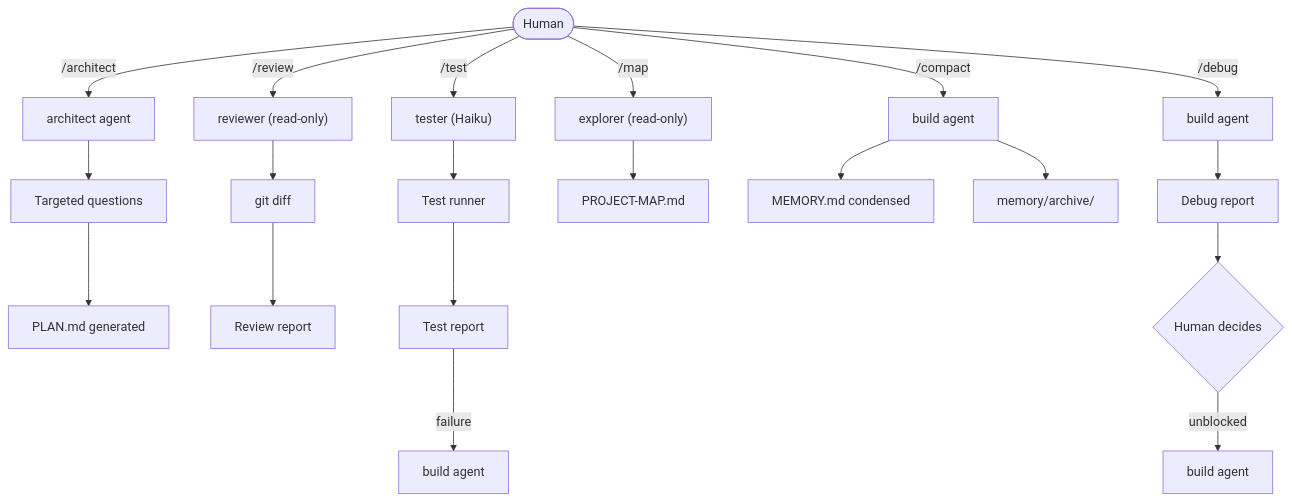
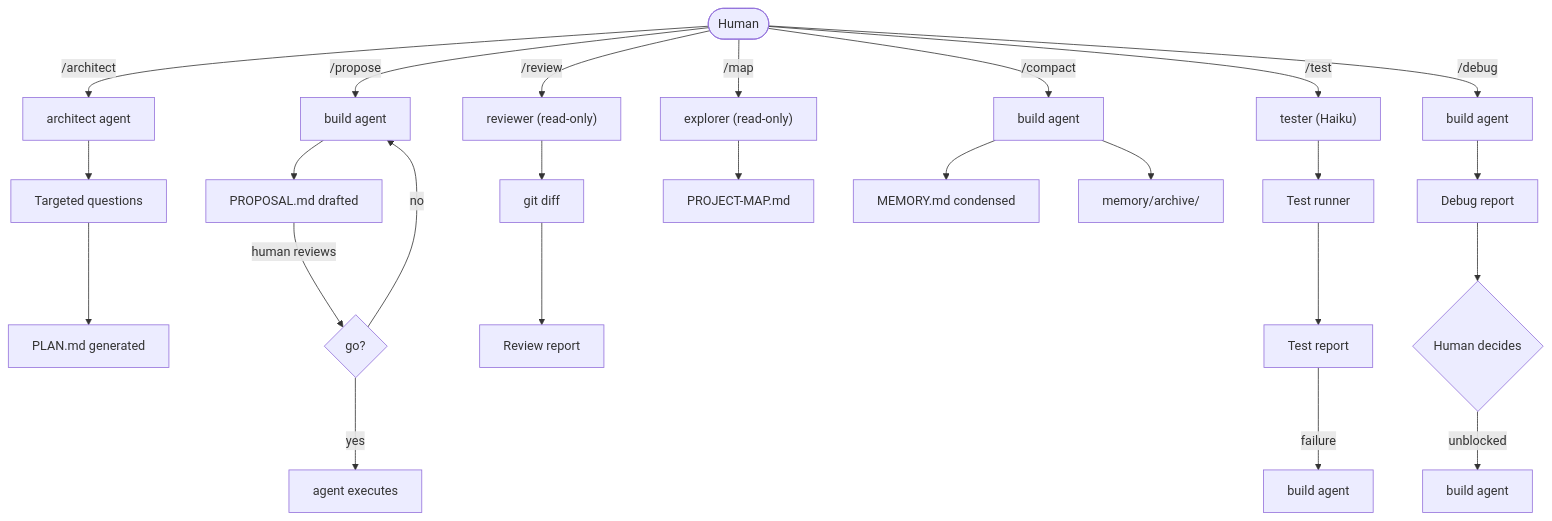
Before and after one commit to ba544a7c93f99fcc91e78e0c49c2008c/opencode-starter: the third of 6 diagrams in README.md, drawn with Mermaid. The commit also changed other lines of this file, not shown here.

Commit message:
docs: update README — new diagrams for quality gate, self-test, /propose flow, updated structure tree

````diff
--- a/README.md
+++ b/README.md
@@ -90,29 +89,35 @@
 ```mermaid
 flowchart TD
     H([Human])
 
     H -->|"/architect"| ARCH[architect agent]
     ARCH --> Q[Targeted questions]
     Q --> PL[PLAN.md generated]
+
+    H -->|"/propose"| PROP[build agent]
+    PROP --> PRD[PROPOSAL.md drafted]
+    PRD -->|human reviews| GO{go?}
+    GO -->|yes| EXEC[agent executes]
+    GO -->|no| PROP
 
     H -->|"/review"| RV["reviewer (read-only)"]
     RV --> GD[git diff]
     GD --> R1[Review report]
 
     H -->|"/test"| TST["tester (Haiku)"]
     TST --> TR[Test runner]
     TR --> R2[Test report]
     R2 -->|failure| BLD[build agent]
 
     H -->|"/map"| EXP["explorer (read-only)"]
     EXP --> PM[PROJECT-MAP.md]
 
     H -->|"/compact"| B2[build agent]
     B2 --> MEM["MEMORY.md condensed"]
     B2 --> ARC["memory/archive/"]
 
     H -->|"/debug"| DBG[build agent]
     DBG --> DR[Debug report]
     DR --> HD{Human decides}
     HD -->|unblocked| BLD2[build agent]
 ```
````
